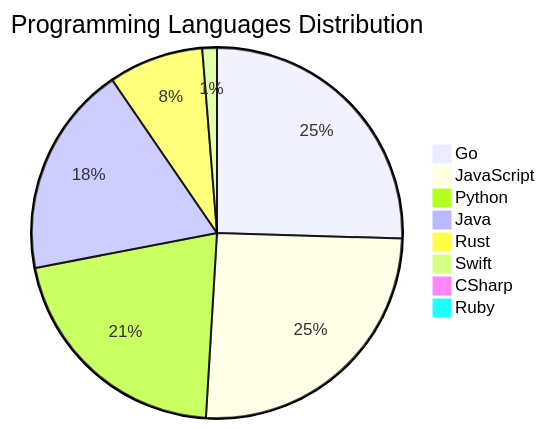
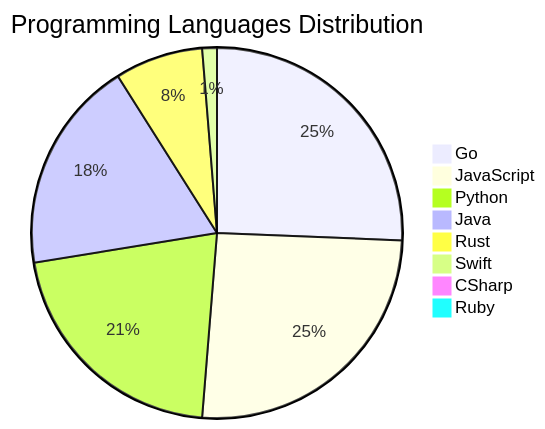
Before and after one commit to Derrick-MUGISHA/github-activity-bot: the diagram in README.md, drawn with Mermaid. The commit also changed other lines of this file and 4 other files, not shown here.

````diff
--- a/README.md
+++ b/README.md
@@ -208,11 +208,11 @@
 ```mermaid
 pie title Programming Languages Distribution
     "Go" : 40
     "JavaScript" : 40
     "Python" : 33
     "Java" : 29
-    "Rust" : 13
+    "Rust" : 12
     "Swift" : 2
     "CSharp" : 1
     "Ruby" : 1
 ```
````
